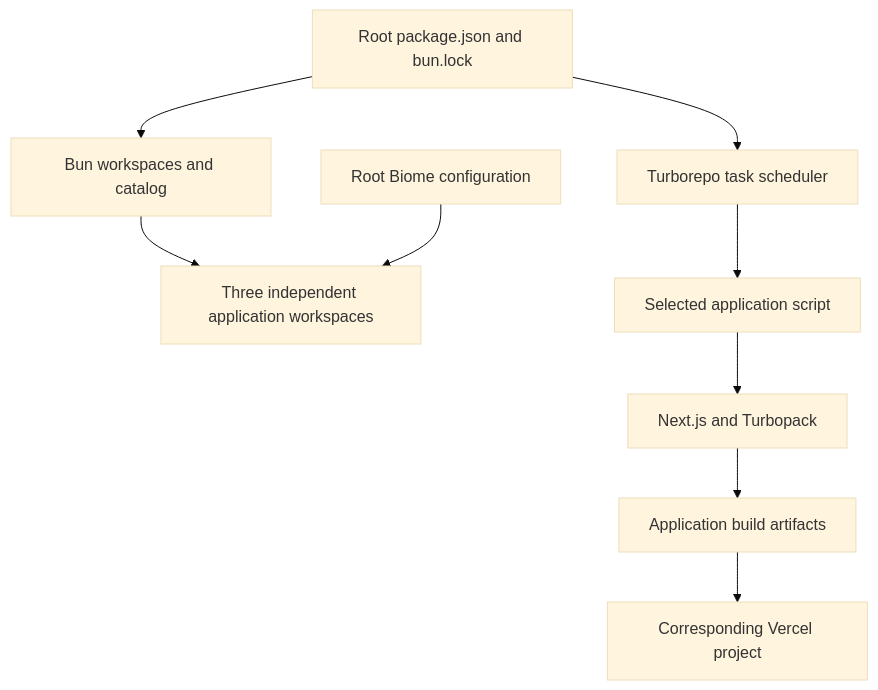
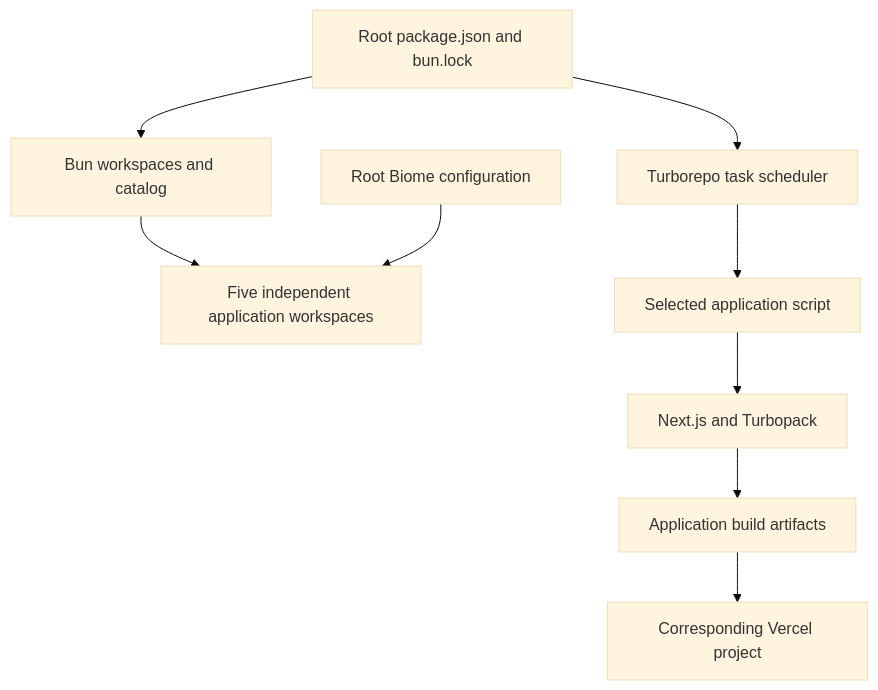
One commit to martincalvodaniel/damaca-vercel-apps changed the diagram in docs/monorepo.md. Above: the diagram before and after it, drawn with Mermaid (base theme). The commit also changed other lines of this file and 71 other files, not shown here.

````diff
--- a/docs/monorepo.md
+++ b/docs/monorepo.md
@@ -30,11 +34,11 @@
 ```mermaid
 flowchart TD
     Root[Root package.json and bun.lock] --> Bun[Bun workspaces and catalog]
-    Bun --> Apps[Three independent application workspaces]
+    Bun --> Apps[Five independent application workspaces]
     Root --> Turbo[Turborepo task scheduler]
     Turbo --> AppTask[Selected application script]
     AppTask --> Next[Next.js and Turbopack]
     Next --> Artifacts[Application build artifacts]
     Artifacts --> Project[Corresponding Vercel project]
     Biome[Root Biome configuration] --> Apps
 ```
````
